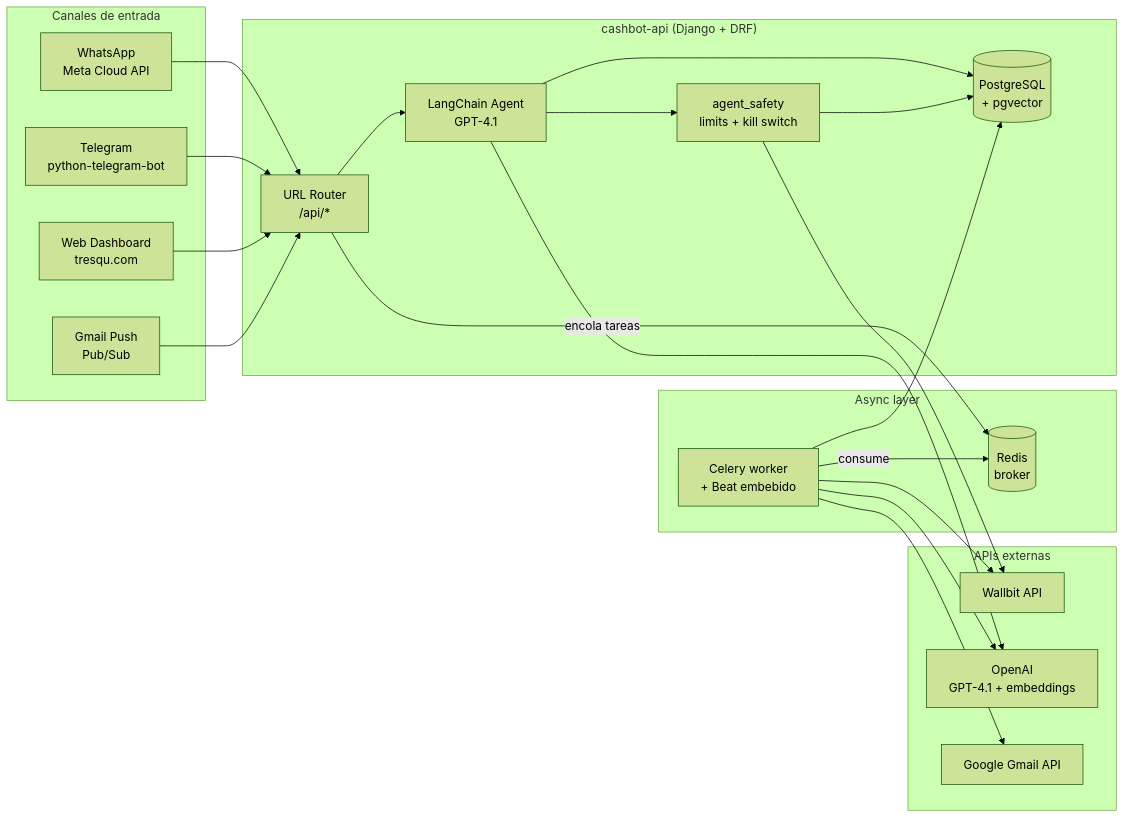
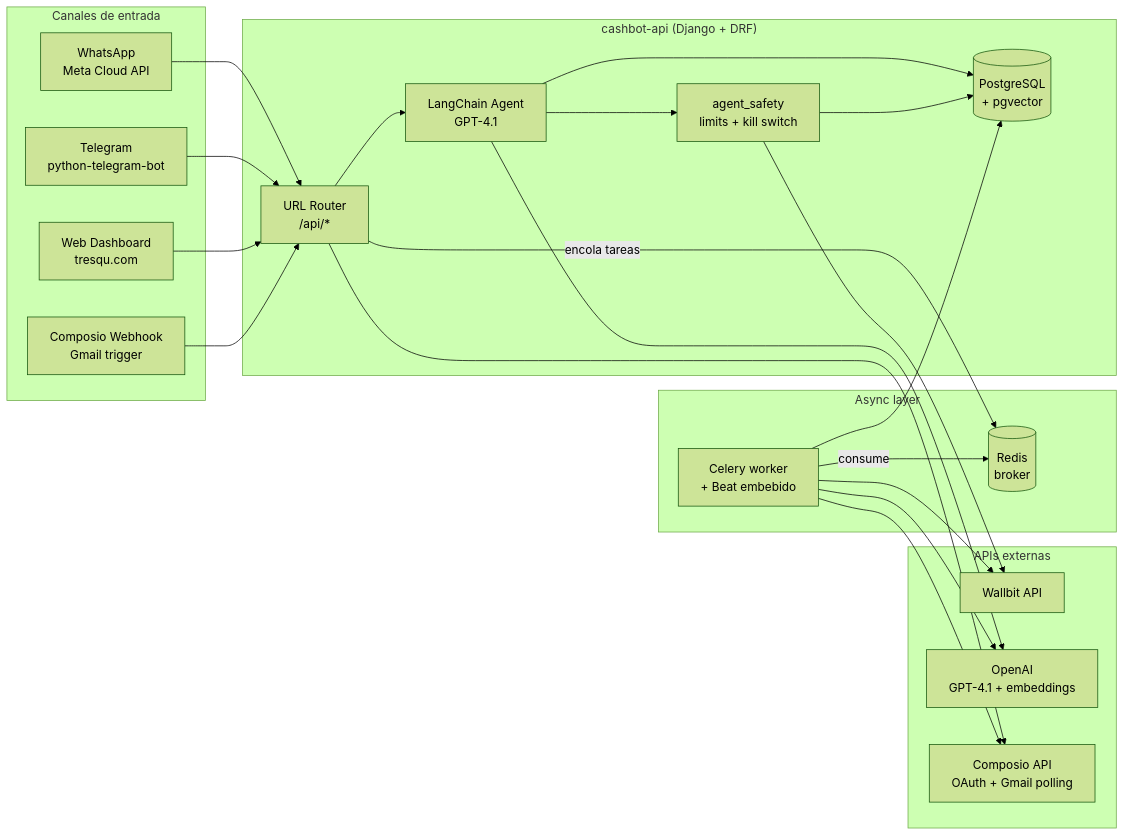
Before and after one commit to Jjat00/tresqu-api: the first of 4 diagrams in README.md, drawn with Mermaid (forest theme). The commit also changed other lines of this file and 4 other files, not shown here.

First line of the commit message:
docs(gmail): refresh README, env example and Composio docs post-migration

````diff
--- a/README.md
+++ b/README.md
@@ -44,47 +44,48 @@
 ```mermaid
 flowchart LR
     subgraph Channels["Canales de entrada"]
         WA[WhatsApp<br/>Meta Cloud API]
         TG[Telegram<br/>python-telegram-bot]
         WEB[Web Dashboard<br/>tresqu.com]
-        GM[Gmail Push<br/>Pub/Sub]
+        GM[Composio Webhook<br/>Gmail trigger]
     end
 
     subgraph API["cashbot-api (Django + DRF)"]
         ROUTER[URL Router<br/>/api/*]
         AGENT[LangChain Agent<br/>GPT-4.1]
         SAFETY[agent_safety<br/>limits + kill switch]
         DB[(PostgreSQL<br/>+ pgvector)]
     end
 
     subgraph Async["Async layer"]
         REDIS[(Redis<br/>broker)]
         WORKER[Celery worker<br/>+ Beat embebido]
     end
 
     subgraph External["APIs externas"]
         WB[Wallbit API]
         OAI[OpenAI<br/>GPT-4.1 + embeddings]
-        GMAPI[Google Gmail API]
+        COMPOSIO[Composio API<br/>OAuth + Gmail polling]
     end
 
     WA --> ROUTER
     TG --> ROUTER
     WEB --> ROUTER
     GM --> ROUTER
 
     ROUTER --> AGENT
     AGENT --> SAFETY
     AGENT --> DB
     AGENT --> OAI
+    ROUTER --> COMPOSIO
 
     SAFETY --> WB
     SAFETY --> DB
 
     ROUTER -->|encola tareas| REDIS
     WORKER -->|consume| REDIS
     WORKER --> WB
-    WORKER --> GMAPI
+    WORKER --> COMPOSIO
     WORKER --> DB
     WORKER --> OAI
 ```
````
